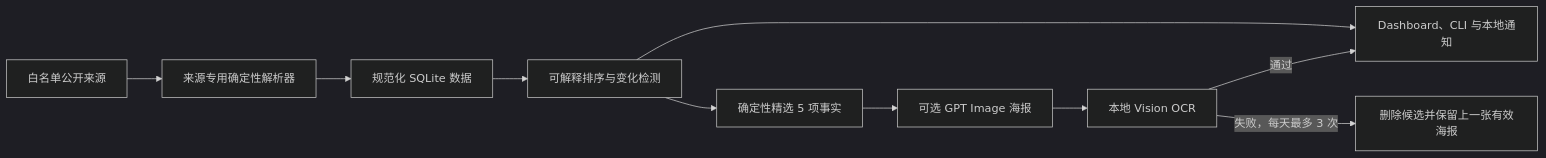
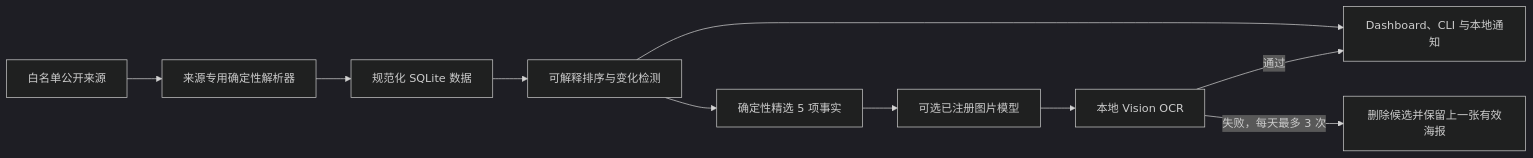
The diagram in README.zh-CN.md (ai-resource-radar/ai-resource-radar), drawn with Mermaid (dark theme) before and after one commit. The commit also changed other lines of this file and 33 other files, not shown here.

````diff
--- a/README.zh-CN.md
+++ b/README.zh-CN.md
@@ -131,12 +136,12 @@
 ```mermaid
 flowchart LR
     A[白名单公开来源] --> B[来源专用确定性解析器]
     B --> C[规范化 SQLite 数据]
     C --> D[可解释排序与变化检测]
     D --> E[Dashboard、CLI 与本地通知]
     D --> F[确定性精选 5 项事实]
-    F --> G[可选 GPT Image 海报]
+    F --> G[可选已注册图片模型]
     G --> H[本地 Vision OCR]
     H -->|通过| E
     H -->|失败，每天最多 3 次| I[删除候选并保留上一张有效海报]
 ```
````
